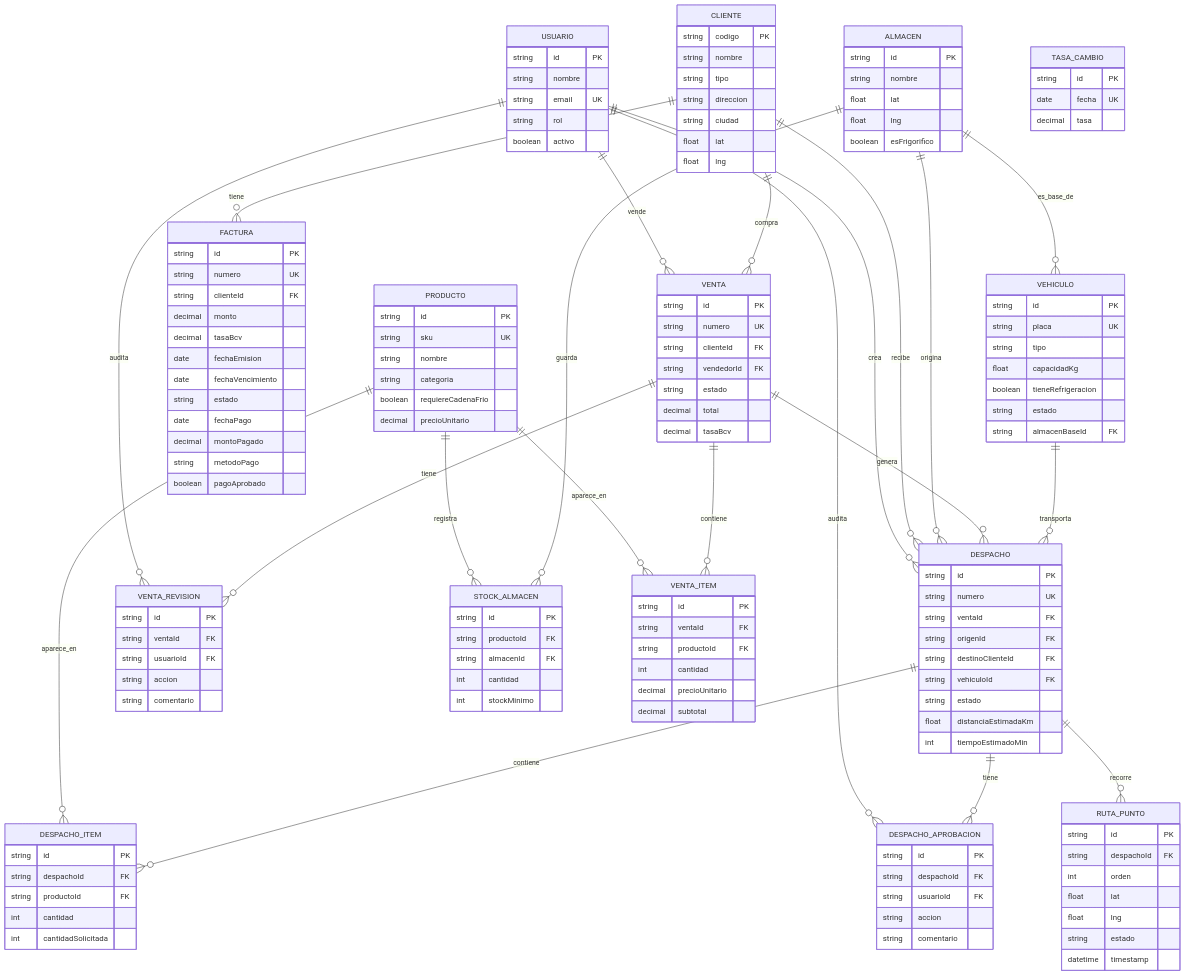
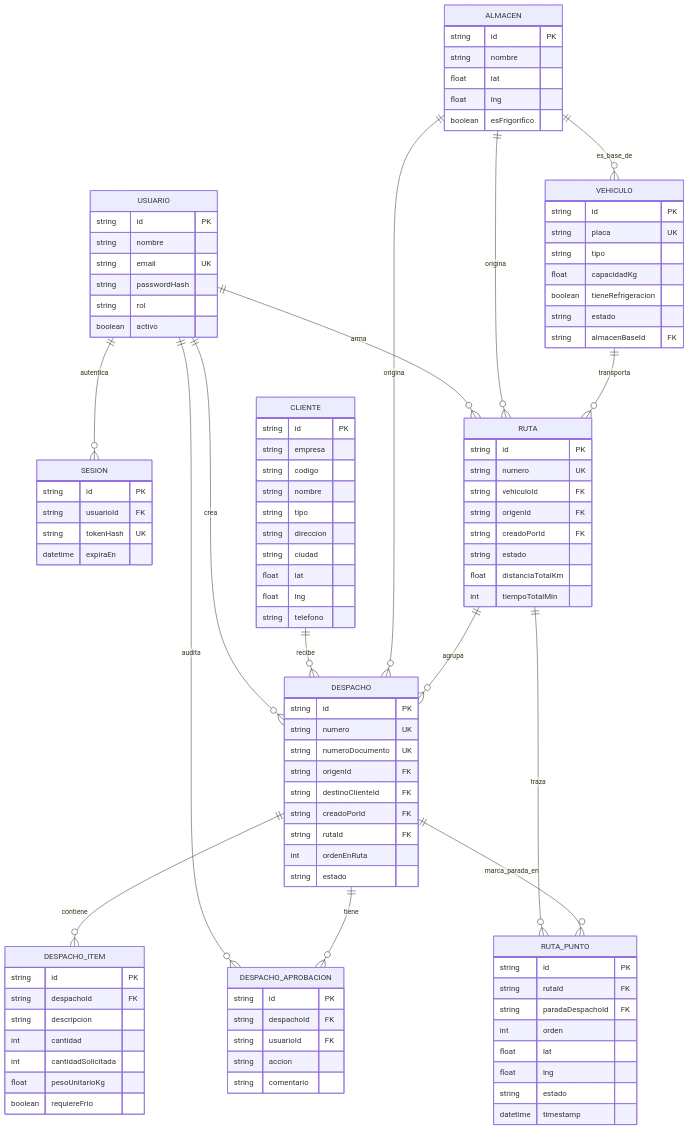
The diagram in docs/MODELO_DATOS.md (chivo1821/isvan_project), drawn with Mermaid before and after one commit. The commit also changed other lines of this file and 3 other files, not shown here.

````diff
--- a/docs/MODELO_DATOS.md
+++ b/docs/MODELO_DATOS.md
@@ -13,74 +15,38 @@
 ```mermaid
 erDiagram
-    USUARIO ||--o{ VENTA : vende
+    USUARIO ||--o{ SESION : autentica
     USUARIO ||--o{ DESPACHO : crea
     USUARIO ||--o{ DESPACHO_APROBACION : audita
-    USUARIO ||--o{ VENTA_REVISION : audita
+    USUARIO ||--o{ RUTA : arma
 
-    CLIENTE ||--o{ FACTURA : tiene
-    CLIENTE ||--o{ VENTA : compra
     CLIENTE ||--o{ DESPACHO : recibe
 
-    PRODUCTO ||--o{ STOCK_ALMACEN : registra
-    PRODUCTO ||--o{ VENTA_ITEM : aparece_en
-    PRODUCTO ||--o{ DESPACHO_ITEM : aparece_en
-
-    ALMACEN ||--o{ STOCK_ALMACEN : guarda
     ALMACEN ||--o{ VEHICULO : es_base_de
     ALMACEN ||--o{ DESPACHO : origina
+    ALMACEN ||--o{ RUTA : origina
 
-    VENTA ||--o{ VENTA_ITEM : contiene
-    VENTA ||--o{ VENTA_REVISION : tiene
-    VENTA ||--o{ DESPACHO : genera
+    VEHICULO ||--o{ RUTA : transporta
 
-    VEHICULO ||--o{ DESPACHO : transporta
+    RUTA ||--o{ DESPACHO : agrupa
+    RUTA ||--o{ RUTA_PUNTO : traza
 
     DESPACHO ||--o{ DESPACHO_ITEM : contiene
     DESPACHO ||--o{ DESPACHO_APROBACION : tiene
-    DESPACHO ||--o{ RUTA_PUNTO : recorre
+    DESPACHO ||--o{ RUTA_PUNTO : marca_parada_en
 
     USUARIO {
         string id PK
         string nombre
         string email UK
+        string passwordHash
         string rol
         boolean activo
     }
-    CLIENTE {
-        string codigo PK
-        string nombre
-        string tipo
-        string direccion
-        string ciudad
-        float lat
-        float lng
-    }
-    TASA_CAMBIO {
+    SESION {
         string id PK
-        date fecha UK
-        decimal tasa
-    }
-    FACTURA {
-        string id PK
-        string numero UK
-        string clienteId FK
-        decimal monto
-        decimal tasaBcv
-        date fechaEmision
-        date fechaVencimiento
-        string estado
-        date fechaPago
-        decimal montoPagado
-        string metodoPago
-        boolean pagoAprobado
-    }
-    PRODUCTO {
-        string id PK
-        string sku UK
-        string nombre
-        string categoria
-        boolean requiereCadenaFrio
-        decimal precioUnitario
+        string usuarioId FK
+        string tokenHash UK
+        datetime expiraEn
     }
     ALMACEN {
         string id PK
@@ -88,37 +54,6 @@
         float lat
         float lng
         boolean esFrigorifico
-    }
-    STOCK_ALMACEN {
-        string id PK
-        string productoId FK
-        string almacenId FK
-        int cantidad
-        int stockMinimo
-    }
-    VENTA {
-        string id PK
-        string numero UK
-        string clienteId FK
-        string vendedorId FK
-        string estado
-        decimal total
-        decimal tasaBcv
-    }
-    VENTA_ITEM {
-        string id PK
-        string ventaId FK
-        string productoId FK
-        int cantidad
-        decimal precioUnitario
-        decimal subtotal
-    }
-    VENTA_REVISION {
-        string id PK
-        string ventaId FK
-        string usuarioId FK
-        string accion
-        string comentario
     }
     VEHICULO {
         string id PK
@@ -129,23 +64,37 @@
         string estado
         string almacenBaseId FK
     }
+    CLIENTE {
+        string id PK
+        string empresa
+        string codigo
+        string nombre
+        string tipo
+        string direccion
+        string ciudad
+        float lat
+        float lng
+        string telefono
+    }
     DESPACHO {
         string id PK
         string numero UK
-        string ventaId FK
+        string numeroDocumento UK
         string origenId FK
         string destinoClienteId FK
-        string vehiculoId FK
+        string creadoPorId FK
+        string rutaId FK
+        int ordenEnRuta
         string estado
-        float distanciaEstimadaKm
-        int tiempoEstimadoMin
     }
     DESPACHO_ITEM {
         string id PK
         string despachoId FK
-        string productoId FK
+        string descripcion
         int cantidad
         int cantidadSolicitada
+        float pesoUnitarioKg
+        boolean requiereFrio
     }
     DESPACHO_APROBACION {
         string id PK
@@ -154,9 +103,20 @@
         string accion
         string comentario
     }
+    RUTA {
+        string id PK
+        string numero UK
+        string vehiculoId FK
+        string origenId FK
+        string creadoPorId FK
+        string estado
+        float distanciaTotalKm
+        int tiempoTotalMin
+    }
     RUTA_PUNTO {
         string id PK
-        string despachoId FK
+        string rutaId FK
+        string paradaDespachoId FK
         int orden
         float lat
         float lng
````
